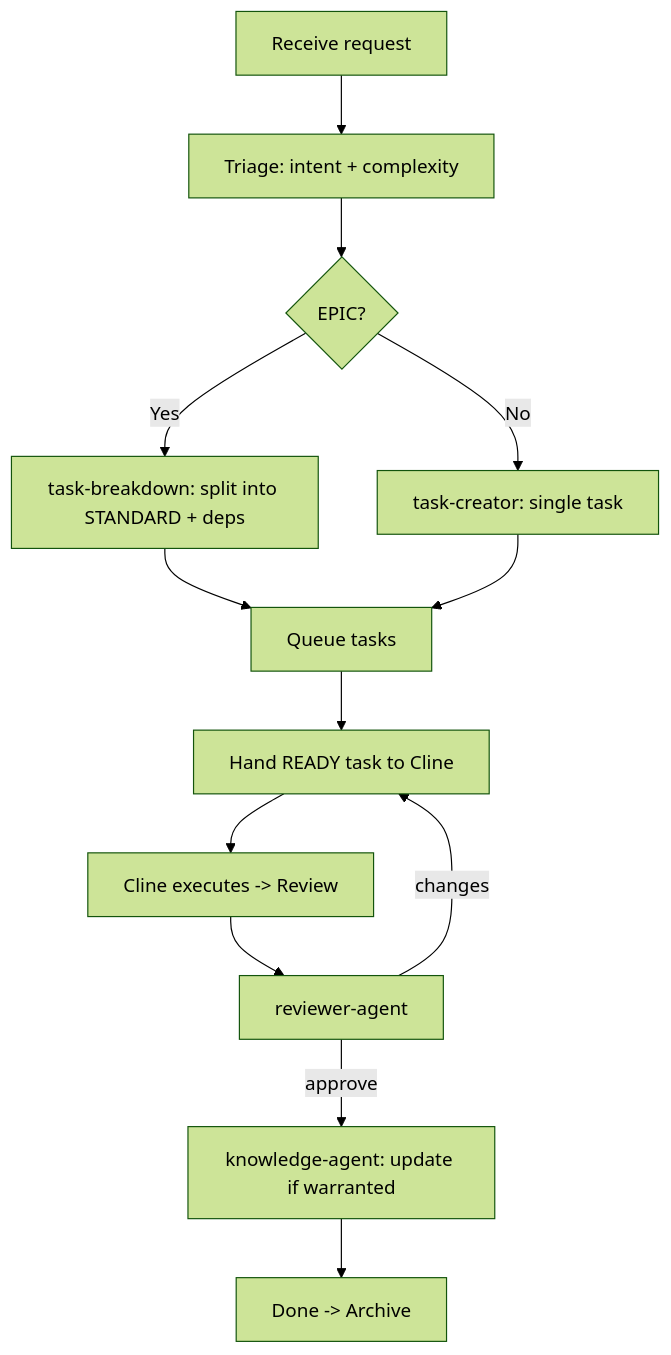
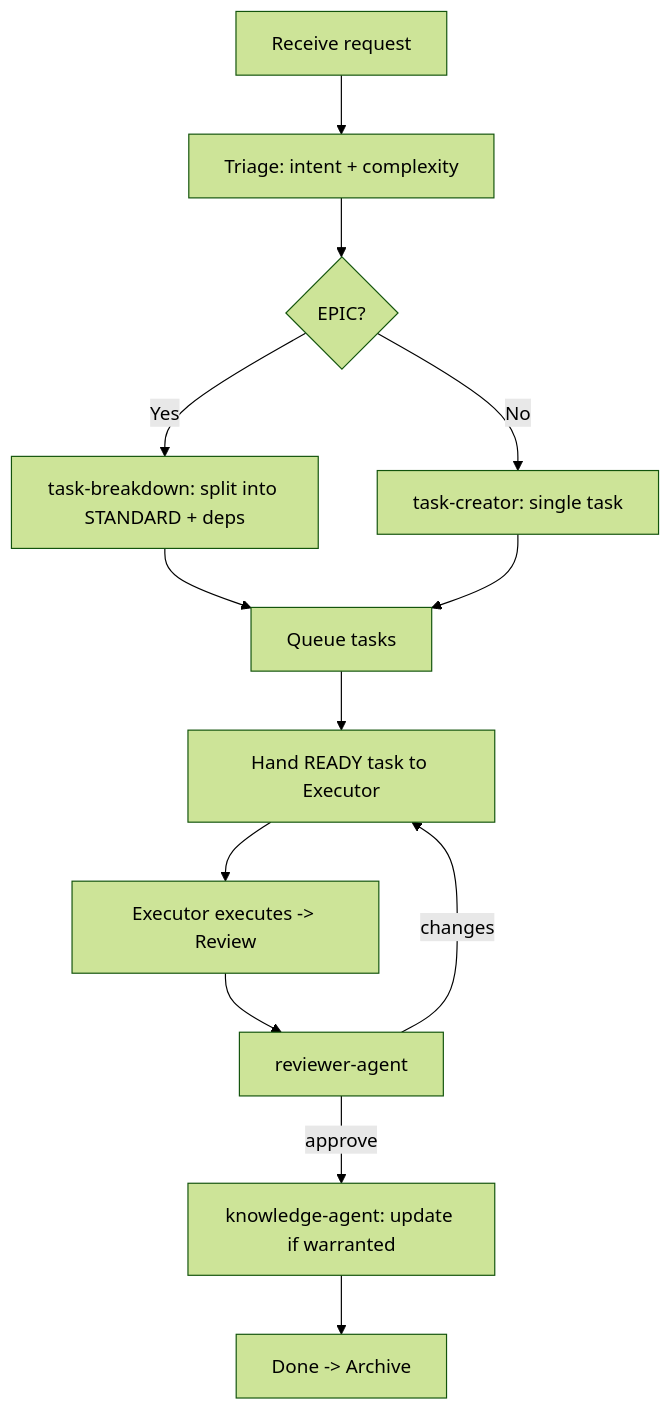
One commit to Vtquan123/strix changed the diagram in reference/rules/workflow.md. Above: the diagram before and after it, drawn with Mermaid (forest theme). The commit also changed other lines of this file and 95 other files, not shown here.

````diff
--- a/reference/rules/workflow.md
+++ b/reference/rules/workflow.md
@@ -5,15 +5,15 @@
 ```mermaid
 flowchart TD
     A[Receive request] --> B[Triage: intent + complexity]
     B --> C{EPIC?}
     C -->|Yes| D[task-breakdown: split into STANDARD + deps]
     C -->|No| E[task-creator: single task]
     D --> F[Queue tasks]
     E --> F
-    F --> G[Hand READY task to Cline]
-    G --> H[Cline executes -> Review]
+    F --> G[Hand READY task to Executor]
+    G --> H[Executor executes -> Review]
     H --> I[reviewer-agent]
     I -->|changes| G
     I -->|approve| J[knowledge-agent: update if warranted]
     J --> K[Done -> Archive]
 ```
````
